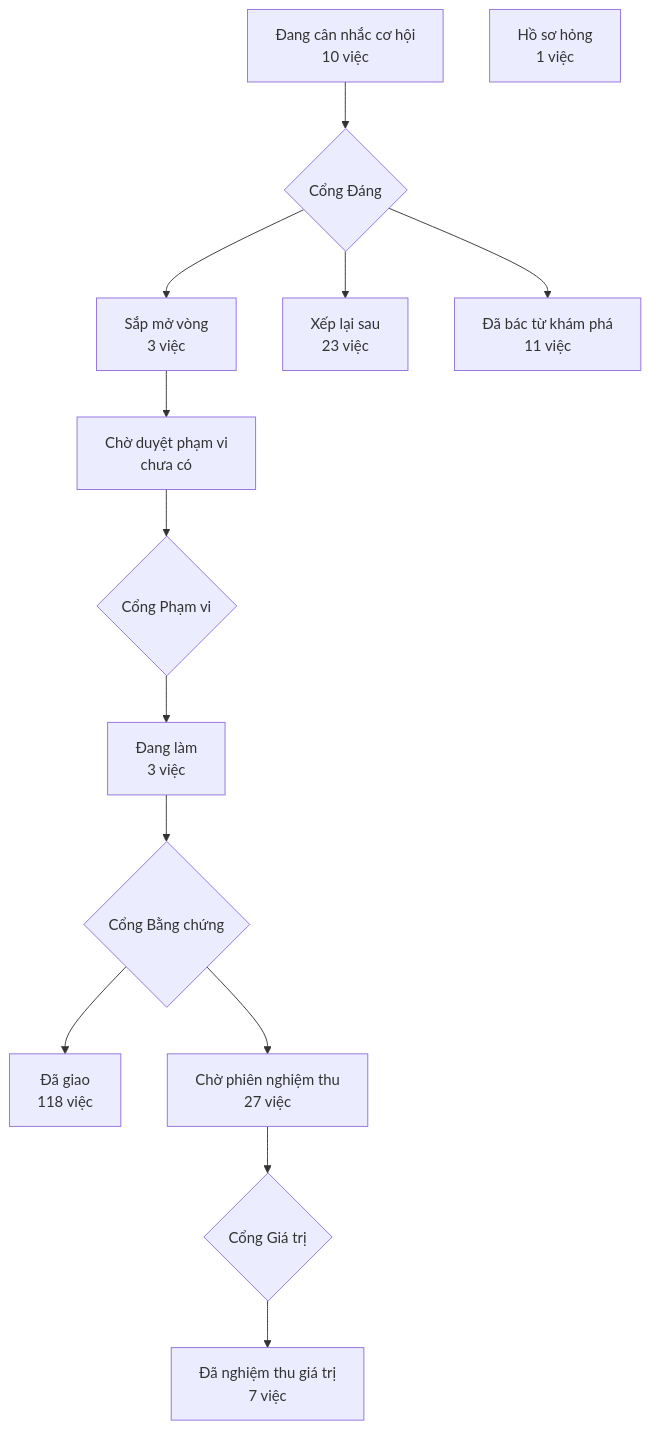
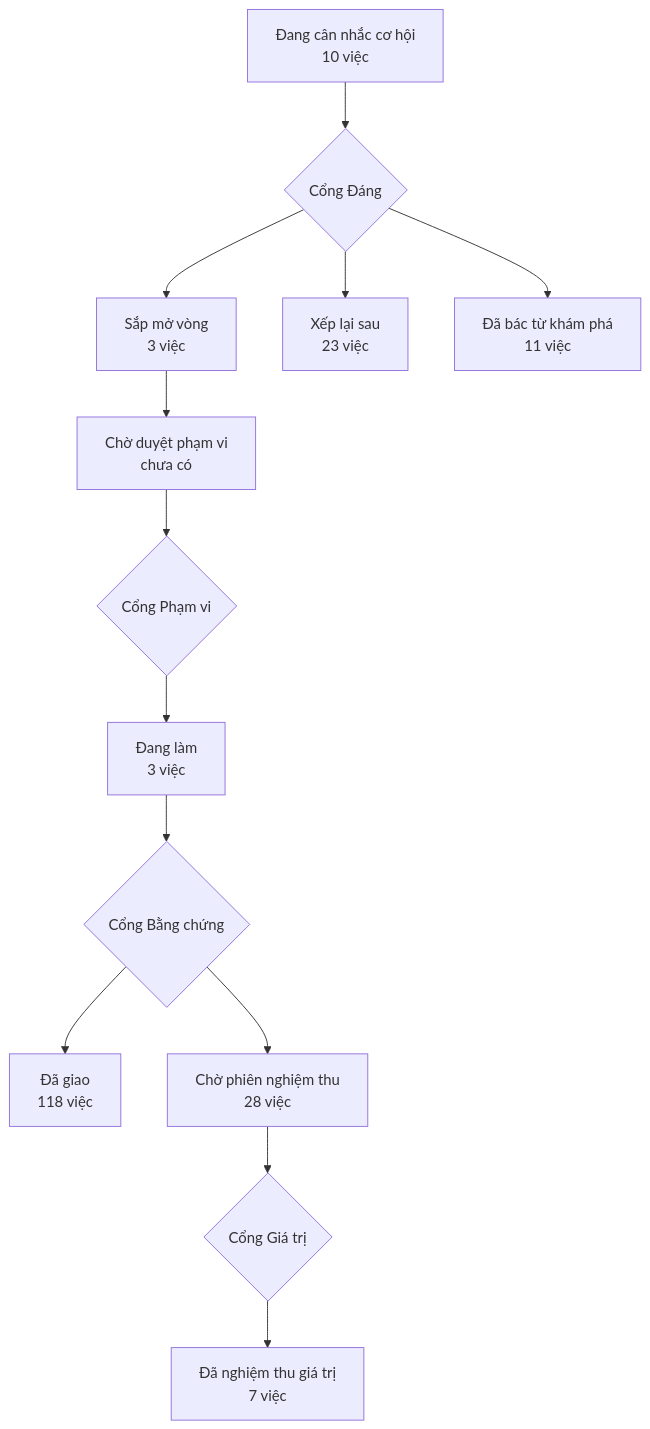
Before and after one commit to phanlemanh/acceptance-gate-kit: the diagram in PRODUCT-MAP.md, drawn with Mermaid. The commit also changed other lines of this file and 5 other files, not shown here.

````diff
--- a/PRODUCT-MAP.md
+++ b/PRODUCT-MAP.md
@@ -7,13 +7,12 @@
 ```mermaid
 flowchart TD
   A["Đang cân nhắc cơ hội<br/>10 việc"] --> GD{"Cổng Đáng"}
   GD --> B["Sắp mở vòng<br/>3 việc"]
   GD --> XL["Xếp lại sau<br/>23 việc"]
   GD --> DB["Đã bác từ khám phá<br/>11 việc"]
   B --> CD["Chờ duyệt phạm vi<br/>chưa có"] --> GP{"Cổng Phạm vi"}
   GP --> DL["Đang làm<br/>3 việc"] --> GB{"Cổng Bằng chứng"}
   GB --> DG["Đã giao<br/>118 việc"]
-  GB --> CN["Chờ phiên nghiệm thu<br/>27 việc"] --> GG{"Cổng Giá trị"}
+  GB --> CN["Chờ phiên nghiệm thu<br/>28 việc"] --> GG{"Cổng Giá trị"}
   GG --> NT["Đã nghiệm thu giá trị<br/>7 việc"]
-  HS["Hồ sơ hỏng<br/>1 việc"]
 ```
````
